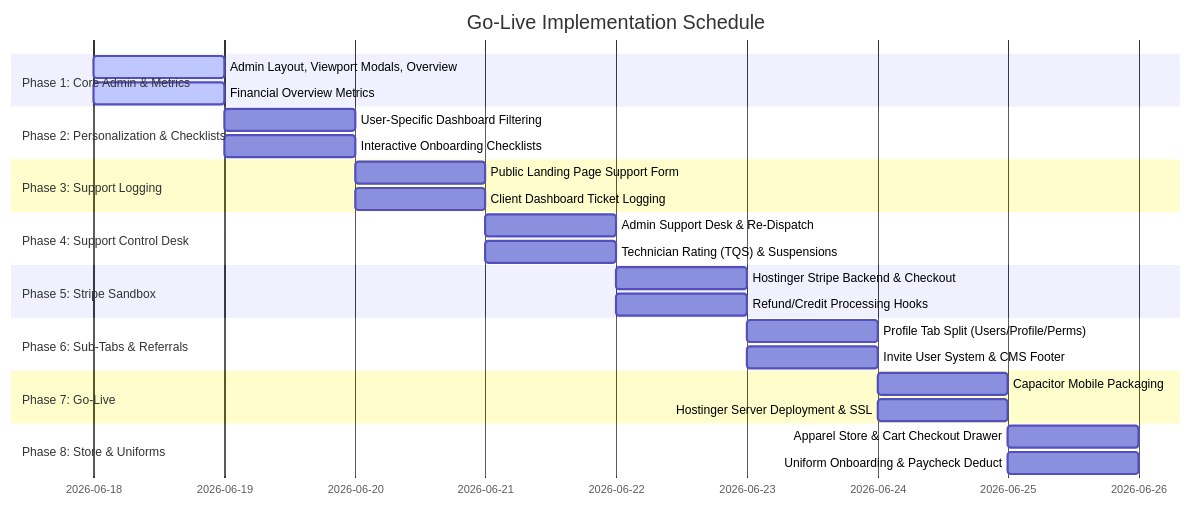
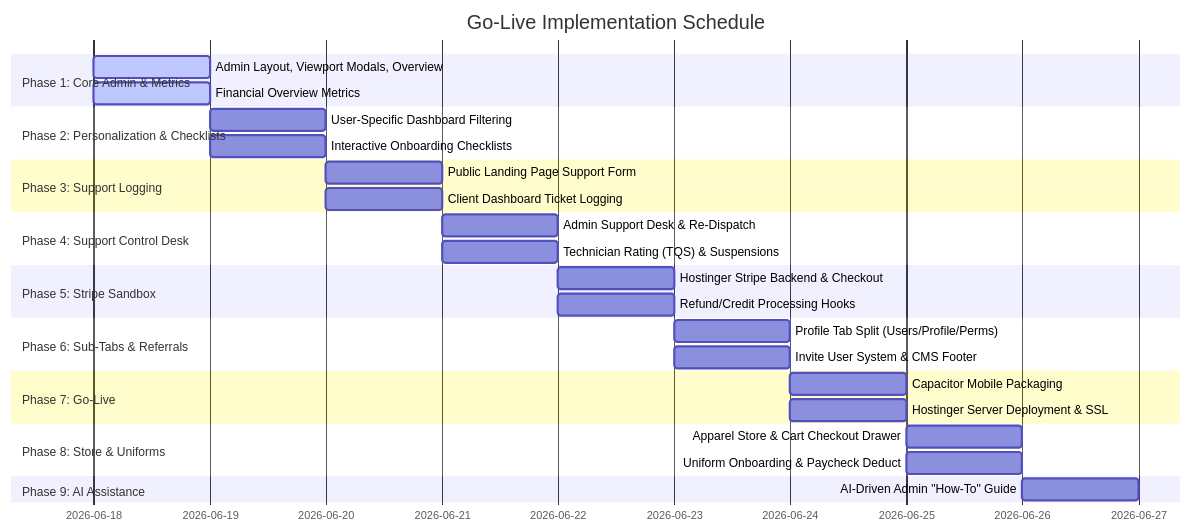
The diagram in go_live_plan.md (tunnel-vision-web/atltvmountpro), drawn with Mermaid before and after one commit. The commit also changed other lines of this file and 9 other files, not shown here.

Commit message:
feat: implement unified OTP forgot password flow for client/tech modal, add Tivo icons, and update documentation

````diff
--- a/go_live_plan.md
+++ b/go_live_plan.md
@@ -12,29 +12,31 @@
  ```mermaid
  gantt
       title Go-Live Implementation Schedule
       dateFormat  YYYY-MM-DD
       section Phase 1: Core Admin & Metrics
       Admin Layout, Viewport Modals, Overview  :active, day1, 2026-06-18, 1d
       Financial Overview Metrics               :active, day1, 2026-06-18, 1d
       section Phase 2: Personalization & Checklists
       User-Specific Dashboard Filtering        :day2, 2026-06-19, 1d
       Interactive Onboarding Checklists        :day2, 2026-06-19, 1d
       section Phase 3: Support Logging
       Public Landing Page Support Form         :day3, 2026-06-20, 1d
       Client Dashboard Ticket Logging          :day3, 2026-06-20, 1d
       section Phase 4: Support Control Desk
       Admin Support Desk & Re-Dispatch         :day4, 2026-06-21, 1d
       Technician Rating (TQS) & Suspensions    :day4, 2026-06-21, 1d
       section Phase 5: Stripe Sandbox
       Hostinger Stripe Backend & Checkout      :day5, 2026-06-22, 1d
       Refund/Credit Processing Hooks           :day5, 2026-06-22, 1d
       section Phase 6: Sub-Tabs & Referrals
       Profile Tab Split (Users/Profile/Perms)  :day6, 2026-06-23, 1d
       Invite User System & CMS Footer          :day6, 2026-06-23, 1d
       section Phase 7: Go-Live
       Capacitor Mobile Packaging               :day7, 2026-06-24, 1d
       Hostinger Server Deployment & SSL        :day7, 2026-06-24, 1d
       section Phase 8: Store & Uniforms
       Apparel Store & Cart Checkout Drawer     :day8, 2026-06-25, 1d
       Uniform Onboarding & Paycheck Deduct     :day8, 2026-06-25, 1d
+      section Phase 9: AI Assistance
+      AI-Driven Admin "How-To" Guide           :day9, 2026-06-26, 1d
  ```
````
